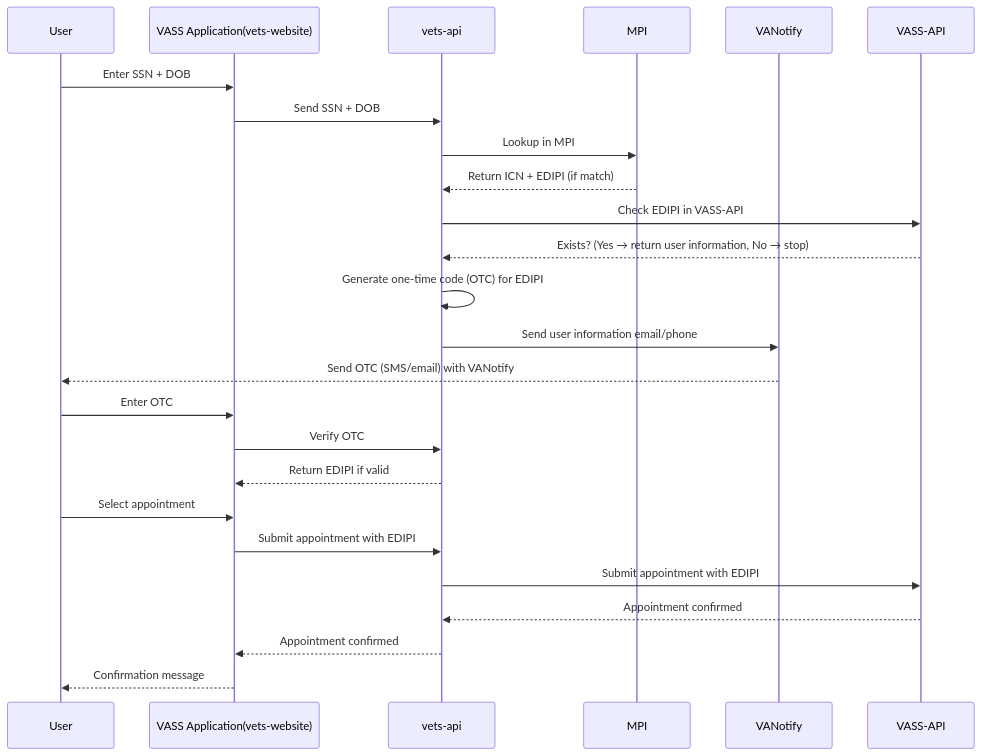
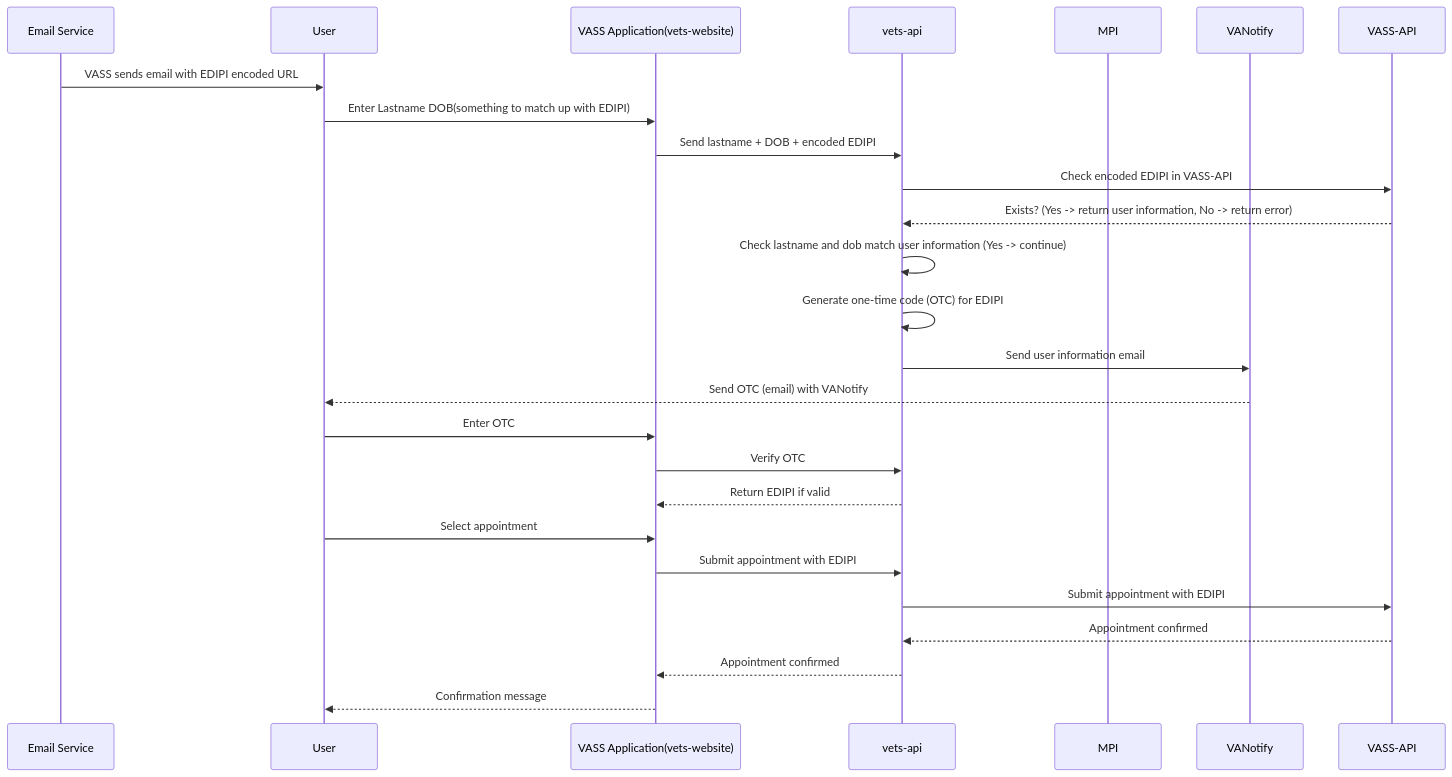
One commit to department-of-veterans-affairs/va.gov-team changed the second of 2 diagrams in products/health-care/appointments/va-online-scheduling/initiatives/solid-start-scheduling/engineering/LoROTA/diagrams.md. Above: the diagram before and after it, drawn with Mermaid. The commit also changed other lines of this file, not shown here.

````diff
--- a/products/health-care/appointments/va-online-scheduling/initiatives/solid-start-scheduling/engineering/LoROTA/diagrams.md
+++ b/products/health-care/appointments/va-online-scheduling/initiatives/solid-start-scheduling/engineering/LoROTA/diagrams.md
@@ -57,34 +60,34 @@
 ``` mermaid
 sequenceDiagram
+    participant E as Email Service
     participant U as User
     participant F as VASS Application(vets-website)
     participant V as vets-api
     
     participant M as MPI
     participant N as VANotify
-    participant D as VASS-API
+    participant S as VASS-API
     
+    E->>U: VASS sends email with EDIPI encoded URL
+    U->>F: Enter Lastname DOB(something to match up with EDIPI)
+    F->>V: Send lastname + DOB + encoded EDIPI
+    V->>S: Check encoded EDIPI in VASS-API
 
-    U->>F: Enter SSN + DOB
-    F->>V: Send SSN + DOB
-    V->>M: Lookup in MPI
-    M-->>V: Return ICN + EDIPI (if match)
-    V->>D: Check EDIPI in VASS-API
+    S-->>V: Exists? (Yes -> return user information, No -> return error)
 
-    D-->>V: Exists? (Yes → return user information, No → stop)
-
+    V->>V: Check lastname and dob match user information (Yes -> continue) 
     V->>V: Generate one-time code (OTC) for EDIPI
-    V->>N: Send user information email/phone
-    N-->>U: Send OTC (SMS/email) with VANotify
+    V->>N: Send user information email
+    N-->>U: Send OTC (email) with VANotify
 
     U->>F: Enter OTC
     F->>V: Verify OTC
     V-->>F: Return EDIPI if valid
 
     U->>F: Select appointment
     F->>V: Submit appointment with EDIPI
-    V->>D: Submit appointment with EDIPI
-    D-->>V: Appointment confirmed
+    V->>S: Submit appointment with EDIPI
+    S-->>V: Appointment confirmed
     V-->>F: Appointment confirmed
     F-->>U: Confirmation message
 ```
````
